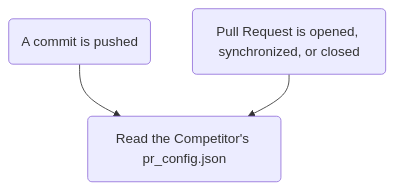
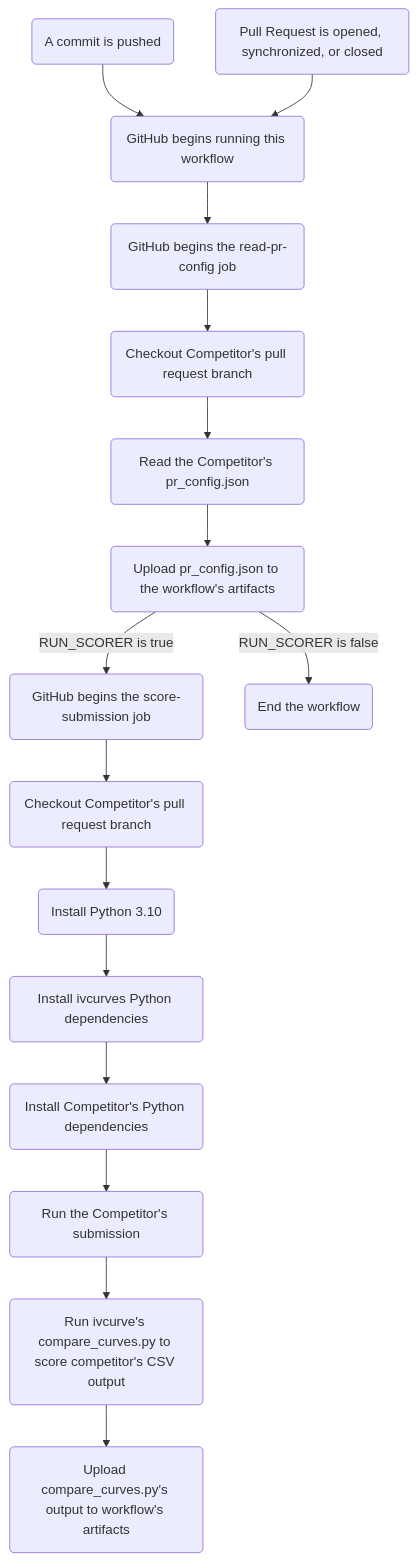
The diagram in docs/sphinx/source/reference/github_workflows/score_submission.rst (uofutahcapstoneahjregistryteam/ivcurves), drawn with Mermaid before and after one commit. The commit also changed 6 other files, not shown here.

Commit message:
docs for .github now show; adding flowcharts for github workflows

```diff
--- a/docs/sphinx/source/reference/github_workflows/score_submission.rst
+++ b/docs/sphinx/source/reference/github_workflows/score_submission.rst
@@ -4,8 +4,29 @@
 .. mermaid:: 
 
    flowchart
    Push(A commit is pushed)
    PullRequest(Pull Request is opened, synchronized, or closed)
 
-   Push --> ReadPRConfig(Read the Competitor's pr_config.json)
-   PullRequest --> ReadPRConfig
+   Push --> StartWorkflow(GitHub begins running this workflow)
+   PullRequest --> StartWorkflow
+
+   StartWorkflow --> StartReadPRConfigJob(GitHub begins the read-pr-config job)
+
+   StartReadPRConfigJob --> CheckoutReadPRConfig(Checkout Competitor's pull request branch)
+
+   CheckoutReadPRConfig --> ReadPRConfig(Read the Competitor's pr_config.json)
+
+   ReadPRConfig --> UploadPRConfig(Upload pr_config.json to the workflow's artifacts)
+   
+   UploadPRConfig -->|RUN_SCORER is true| StartScoreSubmissionJob(GitHub begins the score-submission job)
+   UploadPRConfig -->|RUN_SCORER is false| TerminateWorkflow(End the workflow)
+
+   StartScoreSubmissionJob --> CheckoutScoreSubmission(Checkout Competitor's pull request branch)
+   CheckoutScoreSubmission --> InstallPython310(Install Python 3.10)
+   InstallPython310 --> InstallIVCurvesDependencies(Install ivcurves Python dependencies)
+   InstallIVCurvesDependencies --> InstallCompetitorDependencies(Install Competitor's Python dependencies)
+
+   InstallCompetitorDependencies --> RunCompetitorSubmission(Run the Competitor's submission)
+   RunCompetitorSubmission --> ScoreCompetitorOutput(Run ivcurve's compare_curves.py to score competitor's CSV output)
+
+   ScoreCompetitorOutput --> UploadOverallScores(Upload compare_curves.py's output to workflow's artifacts)
```
